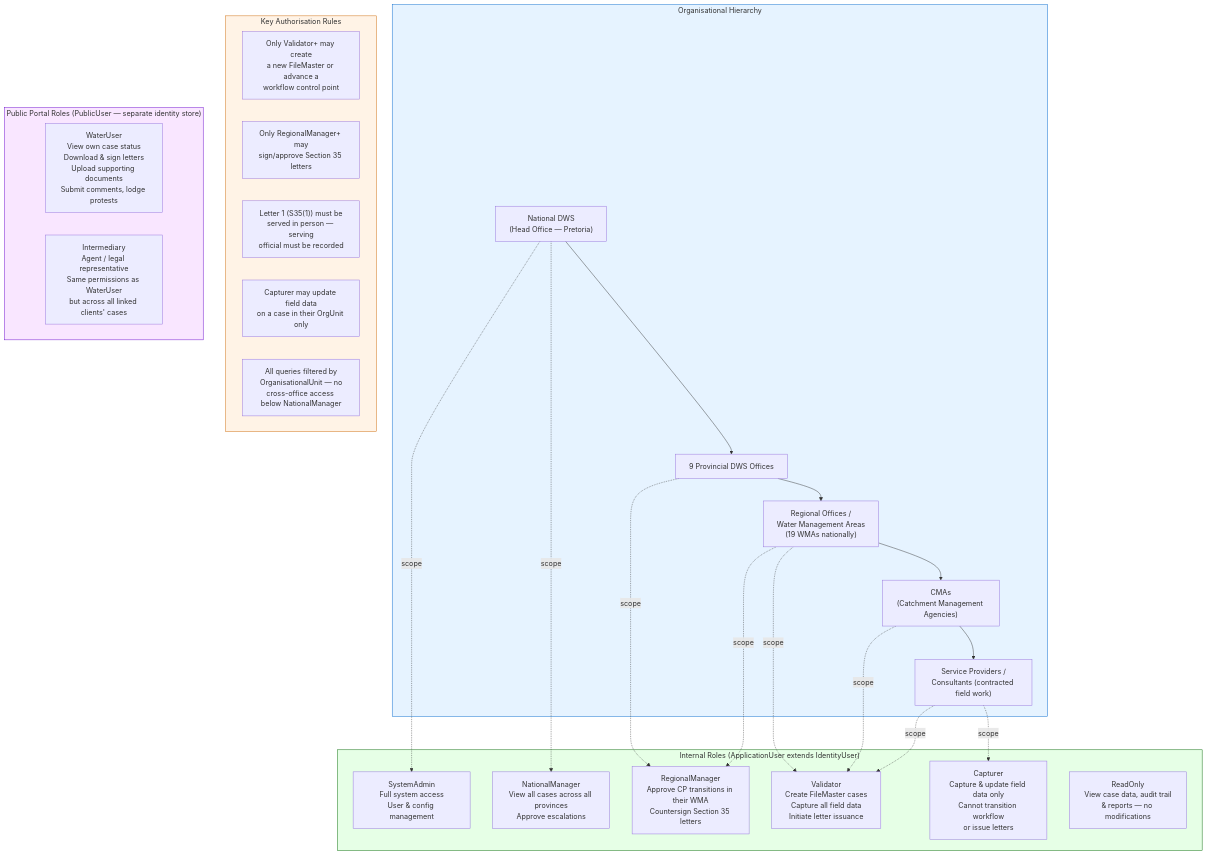
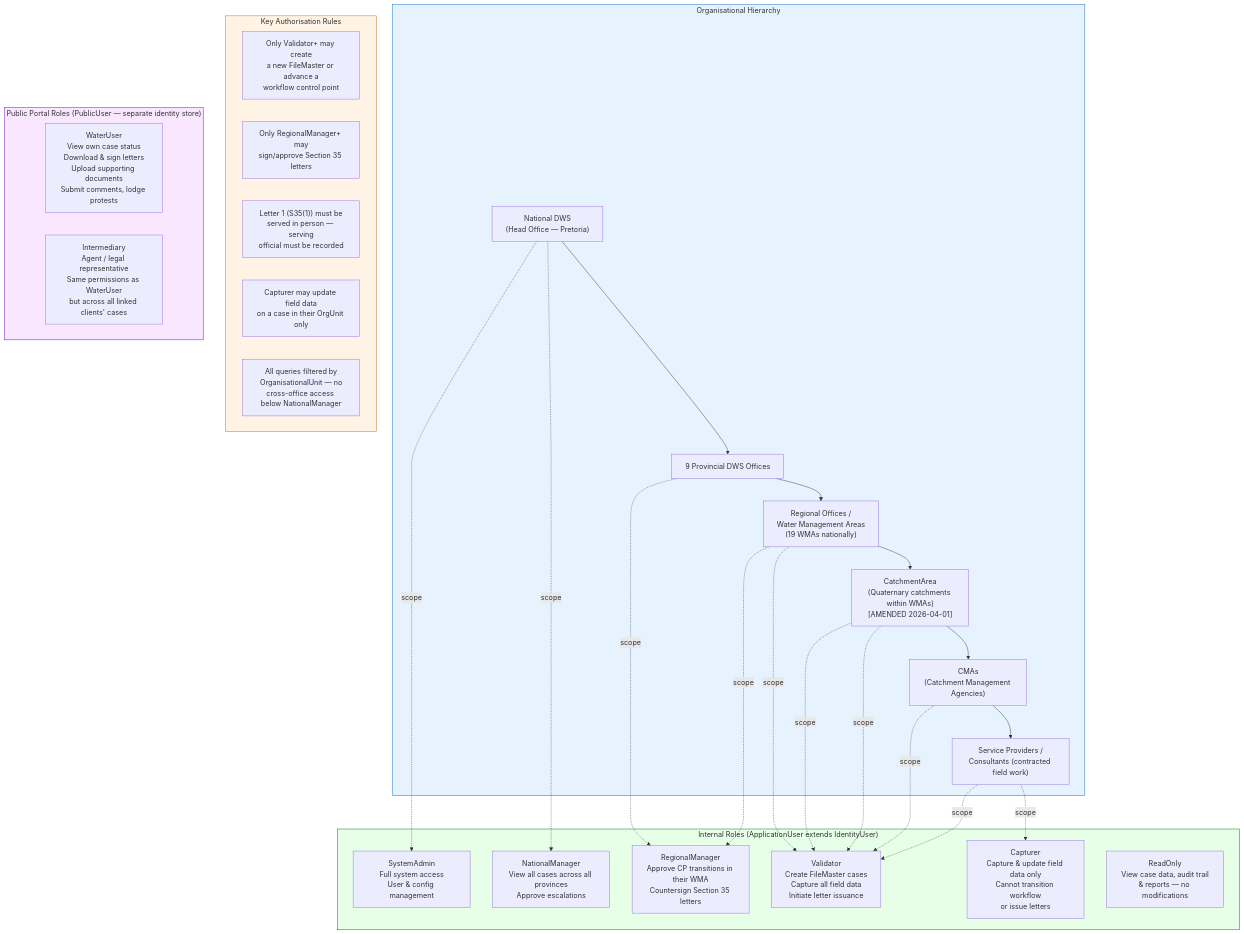
The diagram in docs/diagrams/05-org-hierarchy-and-roles.mmd (TiroMatlapeng/dwa-validation-verification), drawn with Mermaid before and after one commit. The commit also changed 121 other files, not shown here.

```diff
--- a/docs/diagrams/05-org-hierarchy-and-roles.mmd
+++ b/docs/diagrams/05-org-hierarchy-and-roles.mmd
@@ -1,42 +1,44 @@
 flowchart TB
     subgraph OrgHierarchy["Organisational Hierarchy"]
         National["National DWS\n(Head Office — Pretoria)"]
         Provincial["9 Provincial DWS Offices"]
         Regional["Regional Offices /\nWater Management Areas\n(19 WMAs nationally)"]
+        Catchment["CatchmentArea\n(Quaternary catchments within WMAs)\n[AMENDED 2026-04-01]"]
         CMA["CMAs\n(Catchment Management Agencies)"]
         SP["Service Providers /\nConsultants (contracted field work)"]
 
-        National --> Provincial --> Regional --> CMA --> SP
+        National --> Provincial --> Regional --> Catchment --> CMA --> SP
     end
 
     subgraph InternalRoles["Internal Roles (ApplicationUser extends IdentityUser)"]
         SystemAdmin["SystemAdmin\nFull system access\nUser & config management"]
         NatMgr["NationalManager\nView all cases across all provinces\nApprove escalations"]
         RegMgr["RegionalManager\nApprove CP transitions in their WMA\nCountersign Section 35 letters"]
         Validator["Validator\nCreate FileMaster cases\nCapture all field data\nInitiate letter issuance"]
         Capturer["Capturer\nCapture & update field data only\nCannot transition workflow\nor issue letters"]
         ReadOnly["ReadOnly\nView case data, audit trail\n& reports — no modifications"]
     end
 
     subgraph AuthRules["Key Authorisation Rules"]
         Rule1["Only Validator+ may create\na new FileMaster or advance a\nworkflow control point"]
         Rule2["Only RegionalManager+ may\nsign/approve Section 35 letters"]
         Rule3["Letter 1 (S35(1)) must be\nserved in person — serving\nofficial must be recorded"]
         Rule4["Capturer may update field data\non a case in their OrgUnit only"]
         Rule5["All queries filtered by\nOrganisationalUnit — no\ncross-office access below NationalManager"]
     end
 
     subgraph PublicRoles["Public Portal Roles (PublicUser — separate identity store)"]
         WaterUser["WaterUser\nView own case status\nDownload & sign letters\nUpload supporting documents\nSubmit comments, lodge protests"]
         Intermediary["Intermediary\nAgent / legal representative\nSame permissions as WaterUser\nbut across all linked clients' cases"]
     end
 
     National -.->|"scope"| SystemAdmin & NatMgr
     Provincial & Regional -.->|"scope"| RegMgr
-    Regional & CMA -.->|"scope"| Validator
+    Regional & Catchment -.->|"scope"| Validator
+    Catchment & CMA -.->|"scope"| Validator
     SP -.->|"scope"| Validator & Capturer
 
     style OrgHierarchy fill:#e6f3ff,stroke:#0066cc
     style InternalRoles fill:#e6ffe6,stroke:#006600
     style AuthRules fill:#fff3e6,stroke:#cc6600
     style PublicRoles fill:#f9e6ff,stroke:#6600cc
```
